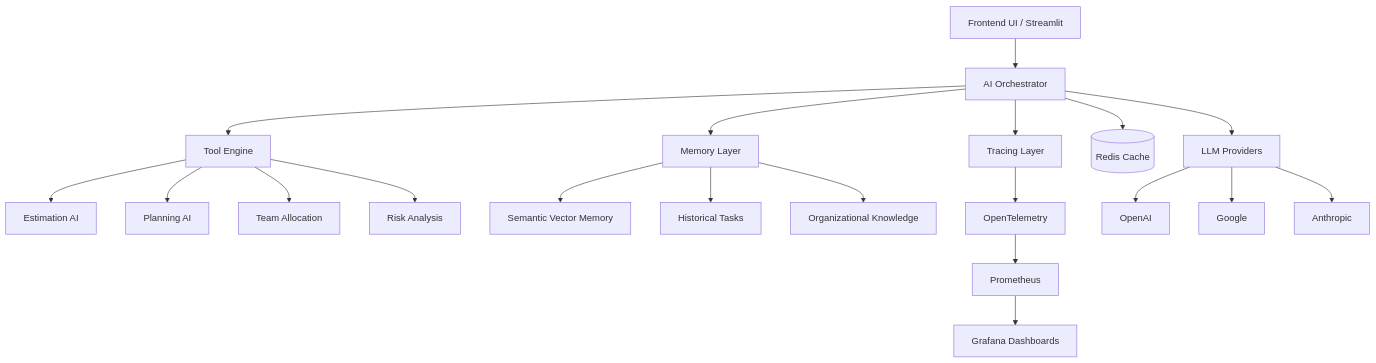
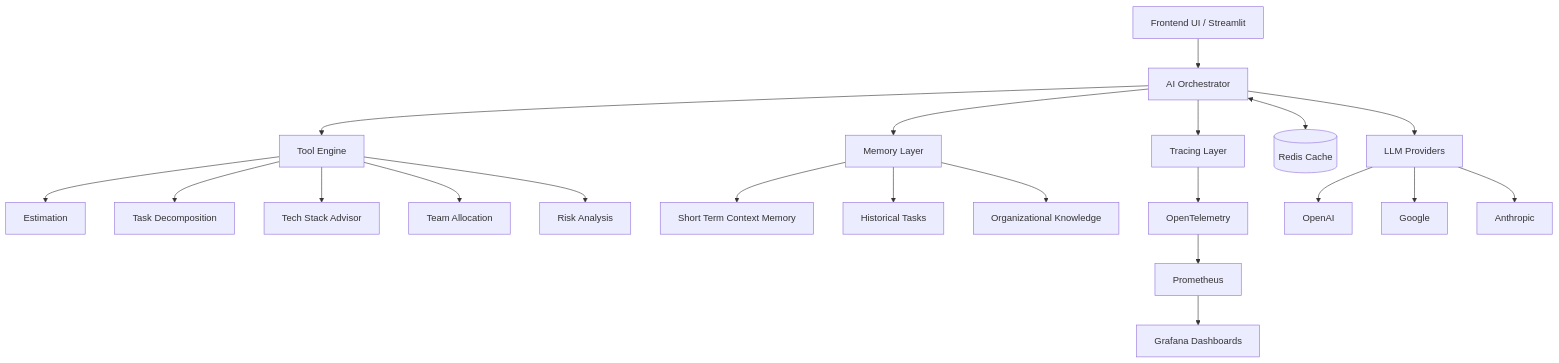
One commit to SuperAIQuattro/EstimatesAI changed the first of 2 diagrams in README.md. Above: the diagram before and after it, drawn with Mermaid. The commit also changed other lines of this file, not shown here.

````diff
--- a/README.md
+++ b/README.md
@@ -90,33 +89,34 @@
 ```mermaid
 flowchart TD
 
     UI[Frontend UI / Streamlit]
     API[AI Orchestrator]
 
     UI --> API
 
     API --> TOOLS[Tool Engine]
     API --> MEMORY[Memory Layer]
     API --> TRACE[Tracing Layer]
 
-    TOOLS --> ESTIMATION[Estimation AI]
-    TOOLS --> PLANNING[Planning AI]
+    TOOLS --> ESTIMATION[Estimation]
+    TOOLS --> DECOMPOSITION[Task Decomposition]
+    TOOLS --> TECHADVISOR[Tech Stack Advisor]
     TOOLS --> STAFFING[Team Allocation]
     TOOLS --> RISK[Risk Analysis]
 
-    MEMORY --> VECTOR[Semantic Vector Memory]
+    MEMORY --> STM[Short Term Context Memory]
     MEMORY --> HISTORY[Historical Tasks]
     MEMORY --> ORG[Organizational Knowledge]
 
     TRACE --> OTEL[OpenTelemetry]
     OTEL --> PROM[Prometheus]
     PROM --> GRAFANA[Grafana Dashboards]
 
-    API --> REDIS[(Redis Cache)]
+    API <--> REDIS[(Redis Cache)]
 
     API --> MODELS[LLM Providers]
 
     MODELS --> OPENAI[OpenAI]
     MODELS --> GOOGLE[Google]
     MODELS --> ANTHROPIC[Anthropic]
 ```
````
